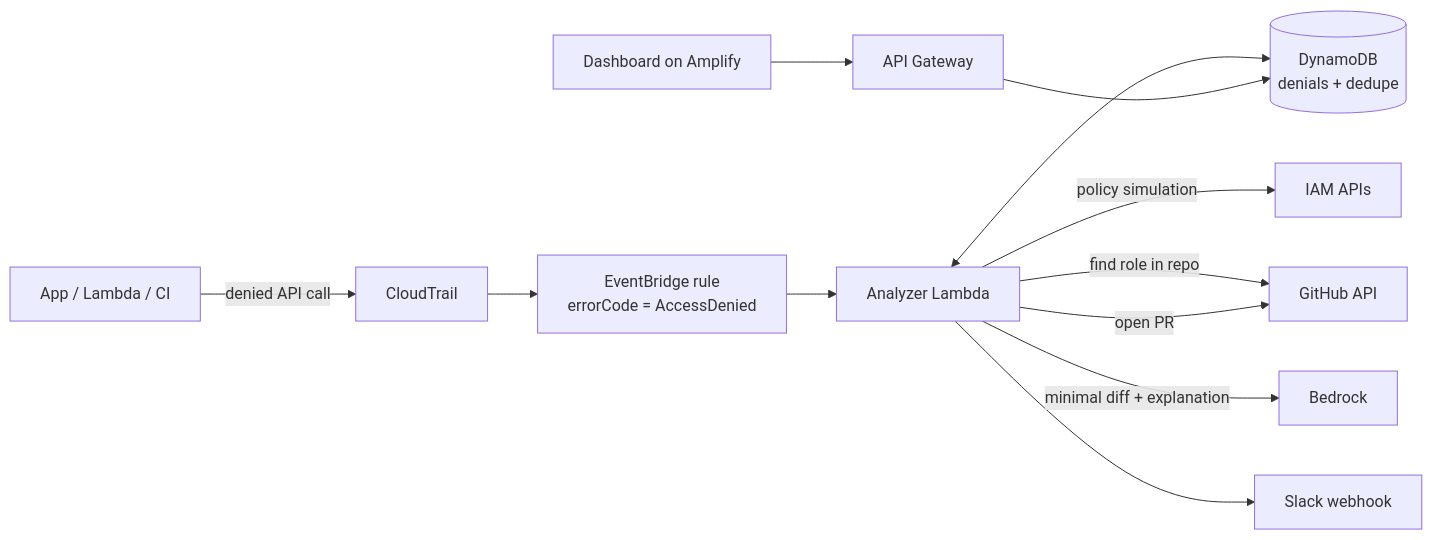
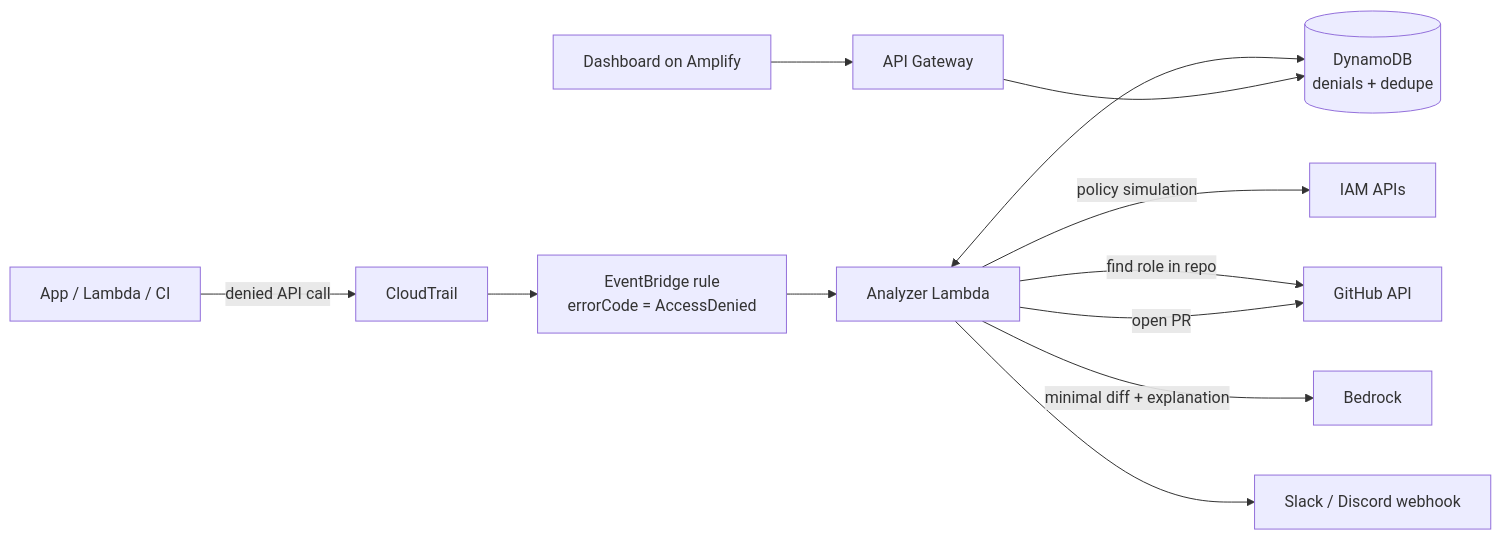
One commit to tusharkhatriofficial/whydenied changed the diagram in README.md. Above: the diagram before and after it, drawn with Mermaid. The commit also changed other lines of this file and 1 other file, not shown here.

Commit message:
docs: add Discord alongside Slack for team alerts

````diff
--- a/README.md
+++ b/README.md
@@ -50,13 +50,13 @@
 ```mermaid
 flowchart LR
   A[App / Lambda / CI] -- denied API call --> CT[CloudTrail]
   CT --> EB[EventBridge rule<br/>errorCode = AccessDenied]
   EB --> L[Analyzer Lambda]
   L <--> DDB[(DynamoDB<br/>denials + dedupe)]
   L -- policy simulation --> IAM[IAM APIs]
   L -- find role in repo --> GH[GitHub API]
   L -- minimal diff + explanation --> BR[Bedrock]
   L -- open PR --> GH
-  L --> SL[Slack webhook]
+  L --> SL[Slack / Discord webhook]
   UI[Dashboard on Amplify] --> API[API Gateway] --> DDB
 ```
````
